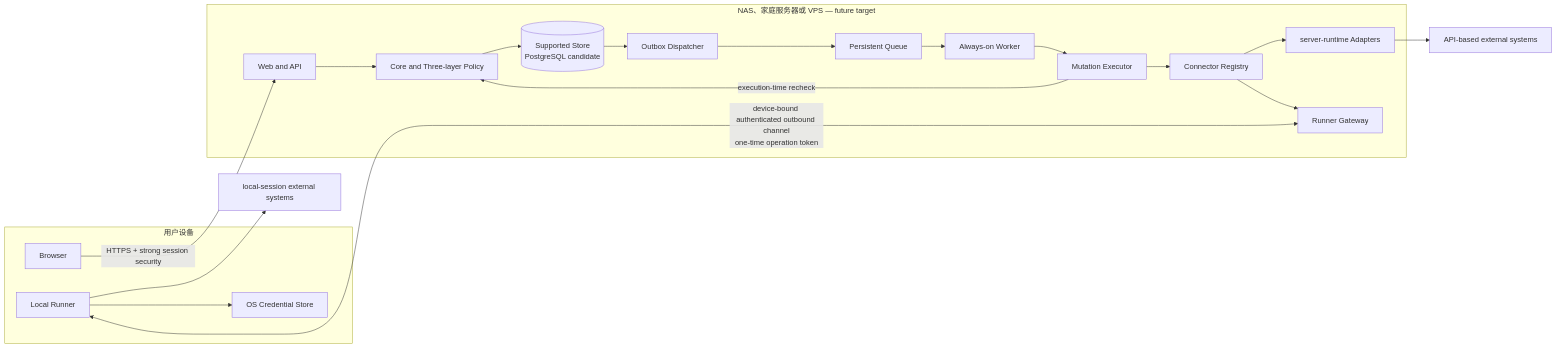
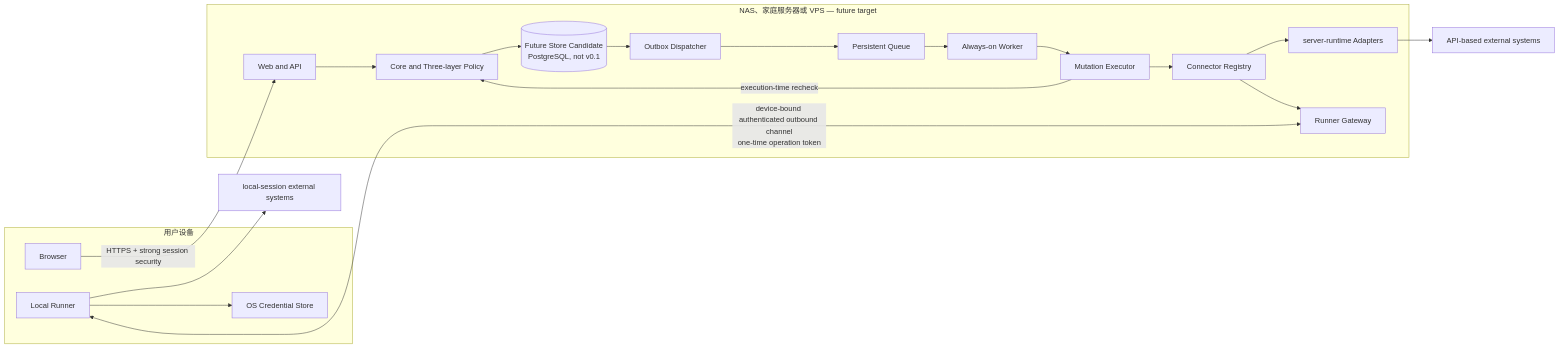
One commit to AnnCYW-cm/rolefox changed the sixth of 14 diagrams in docs/product/uml/06-architecture-deployment-security.md. Above: the diagram before and after it, drawn with Mermaid. The commit also changed other lines of this file and 22 other files, not shown here.

Commit message:
docs: accept v0.1 product and UML baseline

````diff
--- a/docs/product/uml/06-architecture-deployment-security.md
+++ b/docs/product/uml/06-architecture-deployment-security.md
@@ -281,35 +358,35 @@
 ```mermaid
 %% @anchor HOSTED_FUTURE_SCOPE
 flowchart LR
     subgraph UserDevice["用户设备"]
         Browser["Browser"]
         Runner["Local Runner"]
         Vault["OS Credential Store"]
         Runner --> Vault
     end
 
     subgraph Server["NAS、家庭服务器或 VPS — future target"]
         Web["Web and API"]
         Core["Core and Three-layer Policy"]
-        DB[("Supported Store<br/>PostgreSQL candidate")]
+        DB[("Future Store Candidate<br/>PostgreSQL, not v0.1")]
         Dispatcher["Outbox Dispatcher"]
         Queue["Persistent Queue"]
         Worker["Always-on Worker"]
         Executor["Mutation Executor"]
         Registry["Connector Registry"]
         ServerAdapter["server-runtime Adapters"]
         RunnerGW["Runner Gateway"]
 
         Web --> Core --> DB
         DB --> Dispatcher --> Queue --> Worker --> Executor
         Executor -->|"execution-time recheck"| Core
         Executor --> Registry
         Registry --> ServerAdapter
         Registry --> RunnerGW
     end
 
     Browser -->|"HTTPS + strong session security"| Web
     Runner <-->|"device-bound authenticated outbound channel<br/>one-time operation token"| RunnerGW
     ServerAdapter --> ExternalAPI["API-based external systems"]
     Runner --> SessionExternal["local-session external systems"]
 ```
````
